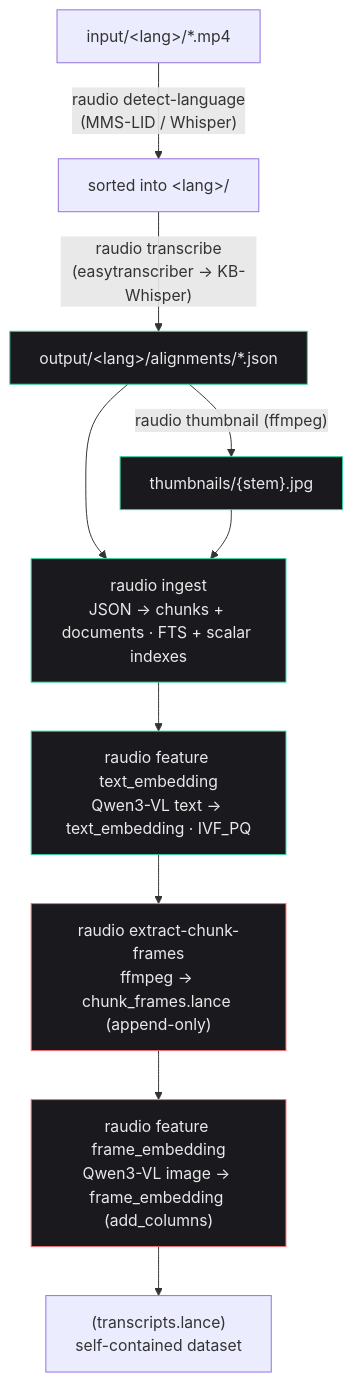
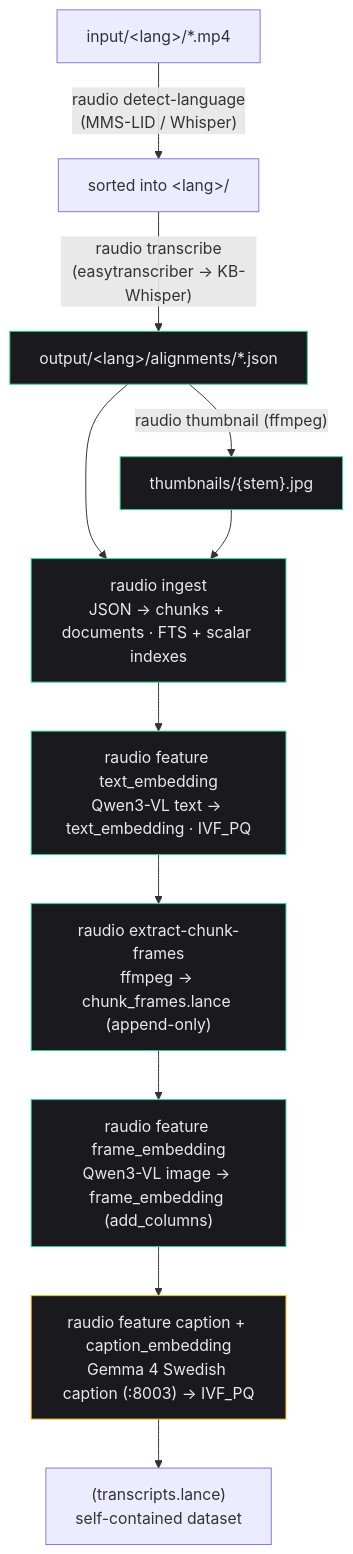
The third of 4 diagrams in GUIDE.md (Borg93/lance-audio-demo), drawn with Mermaid before and after one commit. The commit also changed other lines of this file and 29 other files, not shown here.

````diff
--- a/GUIDE.md
+++ b/GUIDE.md
@@ -181,17 +189,18 @@
 ```mermaid
 flowchart TD
     A["input/&lt;lang&gt;/*.mp4"] -->|"raudio detect-language<br/>(MMS-LID / Whisper)"| B["sorted into &lt;lang&gt;/"]
     B -->|"raudio transcribe<br/>(easytranscriber → KB-Whisper)"| C["output/&lt;lang&gt;/alignments/*.json"]
     C -->|"raudio thumbnail (ffmpeg)"| D["thumbnails/{stem}.jpg"]
     C --> E
     D --> E
     E["raudio ingest<br/>JSON → chunks + documents · FTS + scalar indexes"] --> F
     F["raudio feature text_embedding<br/>Qwen3-VL text → text_embedding · IVF_PQ"] --> G
     G["raudio extract-chunk-frames<br/>ffmpeg → chunk_frames.lance (append-only)"] --> H
-    H["raudio feature frame_embedding<br/>Qwen3-VL image → frame_embedding (add_columns)"] --> DB["(transcripts.lance)<br/>self-contained dataset"]
+    H["raudio feature frame_embedding<br/>Qwen3-VL image → frame_embedding (add_columns)"] --> I
+    I["raudio feature caption + caption_embedding<br/>Gemma 4 Swedish caption (:8003) → IVF_PQ"] --> DB["(transcripts.lance)<br/>self-contained dataset"]
 
     classDef done fill:#1a1a1e,stroke:#34d399,color:#e9e9ea;
-    classDef blocked fill:#1a1a1e,stroke:#f87171,color:#e9e9ea;
-    class C,D,E,F done;
-    class G,H blocked;
+    classDef open fill:#1a1a1e,stroke:#fbbf24,color:#e9e9ea;
+    class C,D,E,F,G,H done;
+    class I open;
 ```
````
